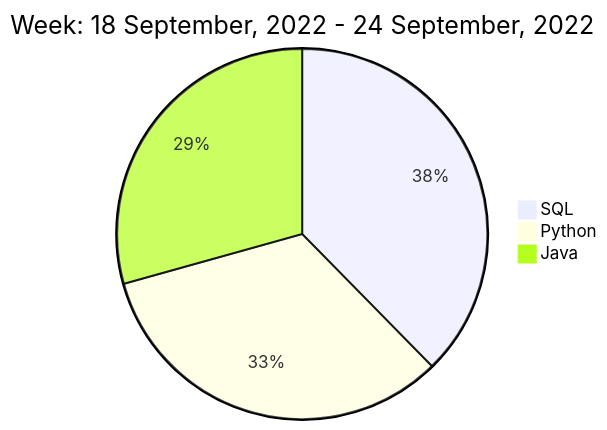
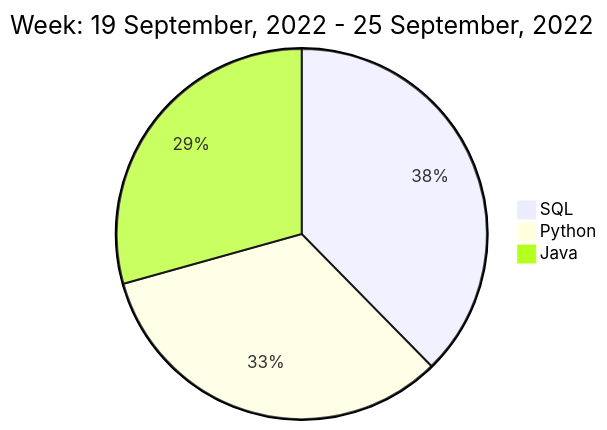
Before and after one commit to liubin95/liubin95: the diagram in README.md, drawn with Mermaid.

Commit message:
Updated the Graph with new Metrics

````diff
--- a/README.md
+++ b/README.md
@@ -40,7 +40,7 @@
 ```mermaid
  pie
-title Week: 18 September, 2022 - 24 September, 2022
+title Week: 19 September, 2022 - 25 September, 2022
  "SQL" : 2.85
  "Python" : 2.5
  "Java" : 2.22
 ```
````
